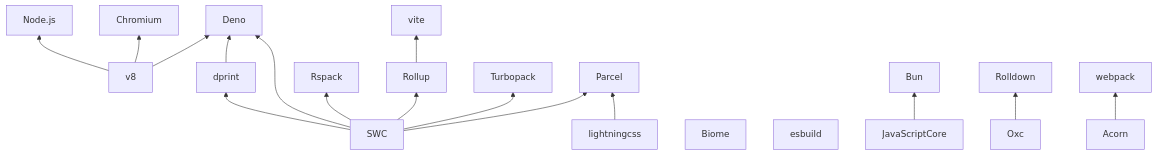
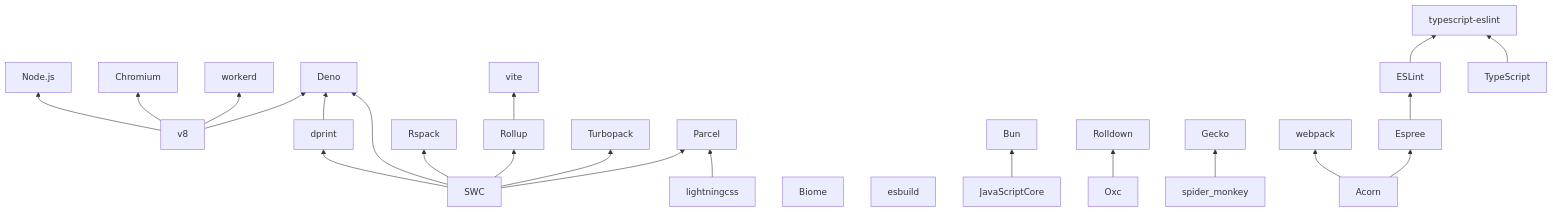
One commit to rei1024/note changed the diagram in notes/js-tools.md. Above: the diagram before and after it, drawn with Mermaid. The commit also changed other lines of this file and 1 other file, not shown here.

````diff
--- a/notes/js-tools.md
+++ b/notes/js-tools.md
@@ -3,20 +3,26 @@
 ```mermaid
 flowchart BT
   v8 --> node[Node.js]
   v8 --> chromium[Chromium]
+  v8 --> workerd
   v8 --> deno[Deno]
   dprint --> deno
   swc[SWC] --> dprint
   swc --> deno
   swc --> rspack[Rspack]
   swc --> rollup[Rollup]
   swc --> turbopack[Turbopack]
   swc --> parcel[Parcel]
   lightningcss --> parcel
   rollup --> vite
   biome[Biome]
   esbuild
   jsc[JavaScriptCore] --> bun[Bun]
   oxc[Oxc] --> rolldown[Rolldown]
+  spider_monkey --> gecko[Gecko]
   acorn[Acorn] --> webpack
+  acorn --> espree[Espree]
+  espree --> eslint[ESLint]
+  eslint --> typescript_eslint[typescript-eslint]
+  ts[TypeScript] --> typescript_eslint
 ```
````
